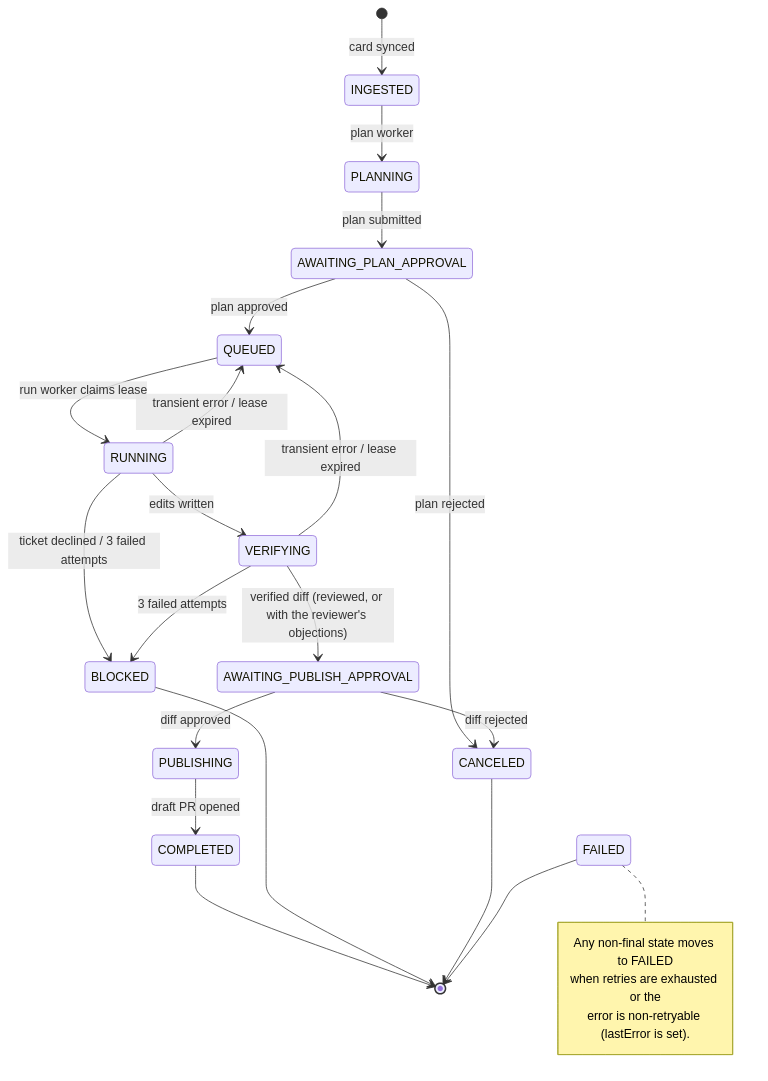
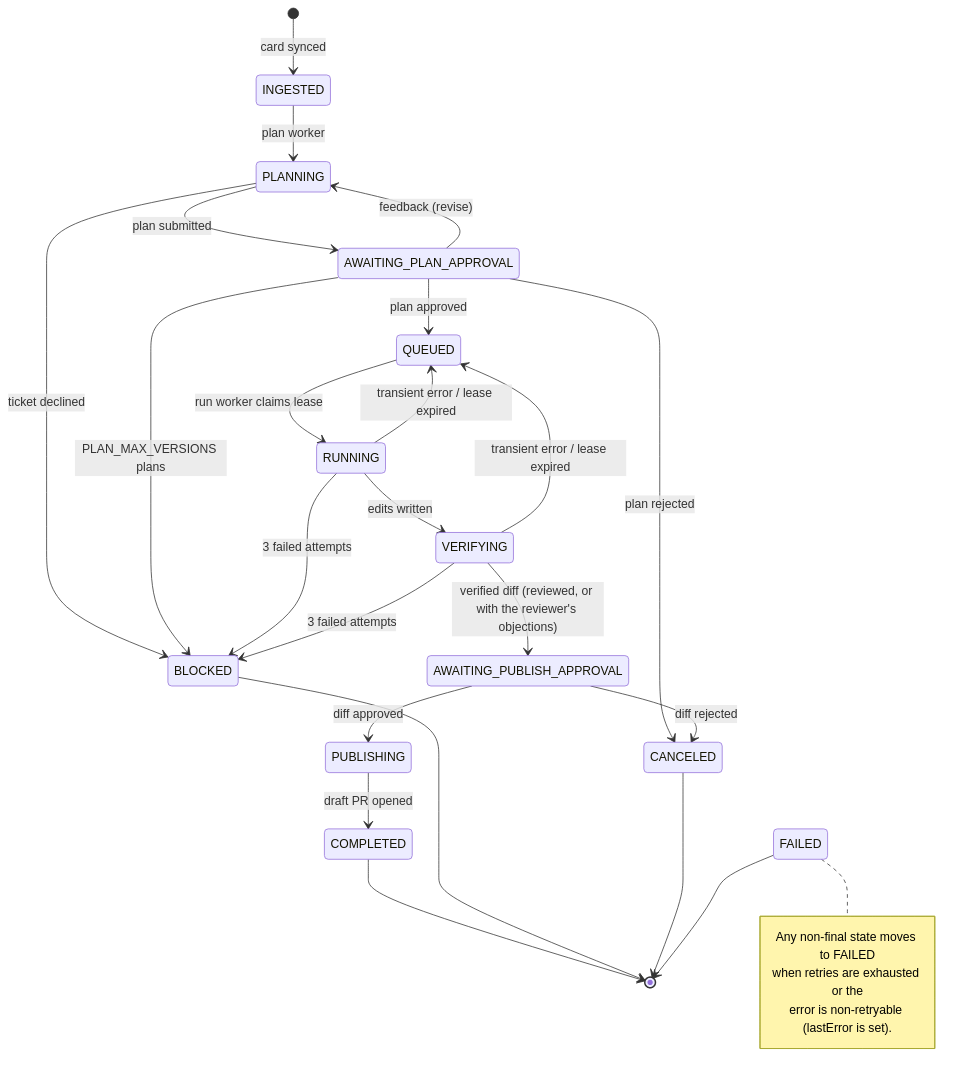
Before and after one commit to zack10/agent-orchestration-app-backend: the third of 7 diagrams in README.md, drawn with Mermaid. The commit also changed other lines of this file and 29 other files, not shown here.

First line of the commit message:
Decide the plan in a conversation on the ticket

````diff
--- a/README.md
+++ b/README.md
@@ -170,27 +187,30 @@
 ```mermaid
 stateDiagram-v2
     [*] --> INGESTED: card synced
     INGESTED --> PLANNING: plan worker
     PLANNING --> AWAITING_PLAN_APPROVAL: plan submitted
+    PLANNING --> BLOCKED: ticket declined
+    AWAITING_PLAN_APPROVAL --> PLANNING: feedback (revise)
+    AWAITING_PLAN_APPROVAL --> BLOCKED: PLAN_MAX_VERSIONS plans
     AWAITING_PLAN_APPROVAL --> QUEUED: plan approved
     AWAITING_PLAN_APPROVAL --> CANCELED: plan rejected
     QUEUED --> RUNNING: run worker claims lease
     RUNNING --> VERIFYING: edits written
     RUNNING --> QUEUED: transient error / lease expired
     VERIFYING --> QUEUED: transient error / lease expired
     VERIFYING --> AWAITING_PUBLISH_APPROVAL: verified diff (reviewed, or with the reviewer's objections)
-    RUNNING --> BLOCKED: ticket declined / 3 failed attempts
+    RUNNING --> BLOCKED: 3 failed attempts
     VERIFYING --> BLOCKED: 3 failed attempts
     AWAITING_PUBLISH_APPROVAL --> PUBLISHING: diff approved
     AWAITING_PUBLISH_APPROVAL --> CANCELED: diff rejected
     PUBLISHING --> COMPLETED: draft PR opened
     COMPLETED --> [*]
     BLOCKED --> [*]
     CANCELED --> [*]
     FAILED --> [*]
     note right of FAILED
         Any non-final state moves to FAILED
         when retries are exhausted or the
         error is non-retryable (lastError is set).
     end note
 ```
````
